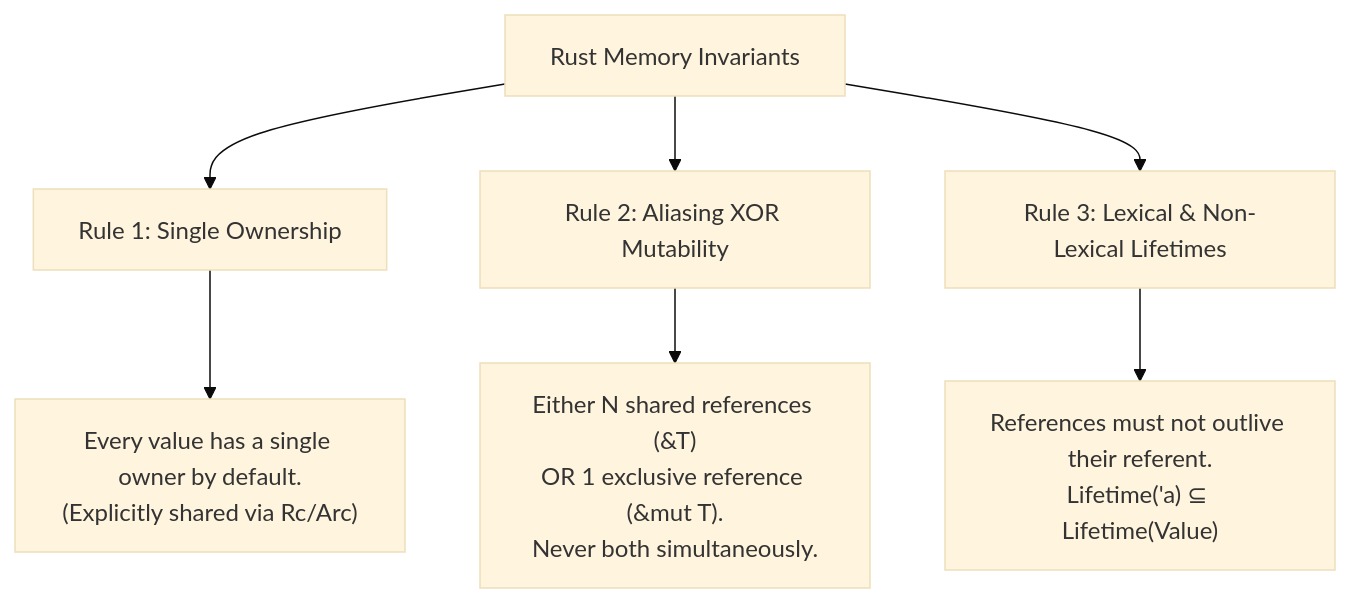
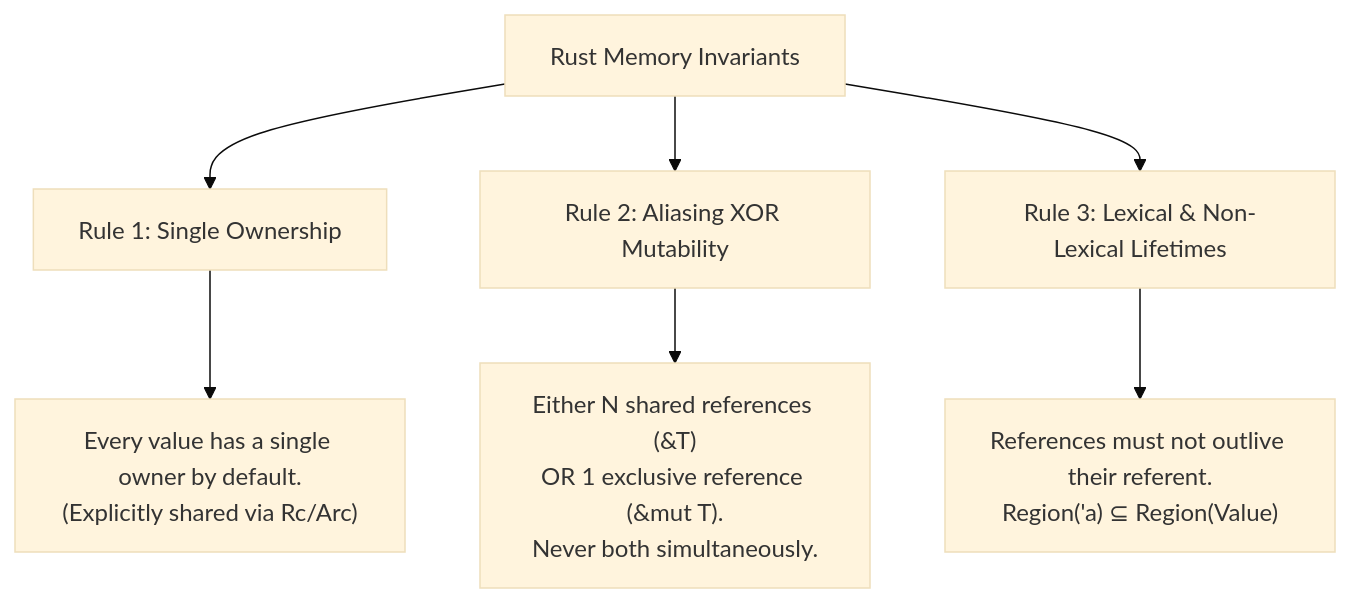
Before and after one commit to jonas1ara/jonas1ara.github.io: the third of 7 diagrams in _posts/2026-09-11-memory-safety-without-a-gc-rust-borrow-checker.md, drawn with Mermaid (base theme). The commit also changed other lines of this file, not shown here.

````diff
--- a/_posts/2026-09-11-memory-safety-without-a-gc-rust-borrow-checker.md
+++ b/_posts/2026-09-11-memory-safety-without-a-gc-rust-borrow-checker.md
@@ -167,10 +167,10 @@
 ```mermaid
 flowchart TD
     A["Rust Memory Invariants"] --> B["Rule 1: Single Ownership"]
     A --> C["Rule 2: Aliasing XOR Mutability"]
     A --> D["Rule 3: Lexical & Non-Lexical Lifetimes"]
 
     B --> B1["Every value has a single owner by default.<br/>(Explicitly shared via Rc/Arc)"]
     C --> C1["Either N shared references (&T)<br/>OR 1 exclusive reference (&mut T).<br/>Never both simultaneously."]
-    D --> D1["References must not outlive their referent.<br/>Lifetime('a) ⊆ Lifetime(Value)"]
+    D --> D1["References must not outlive their referent.<br/>Region('a) ⊆ Region(Value)"]
 ```
````
